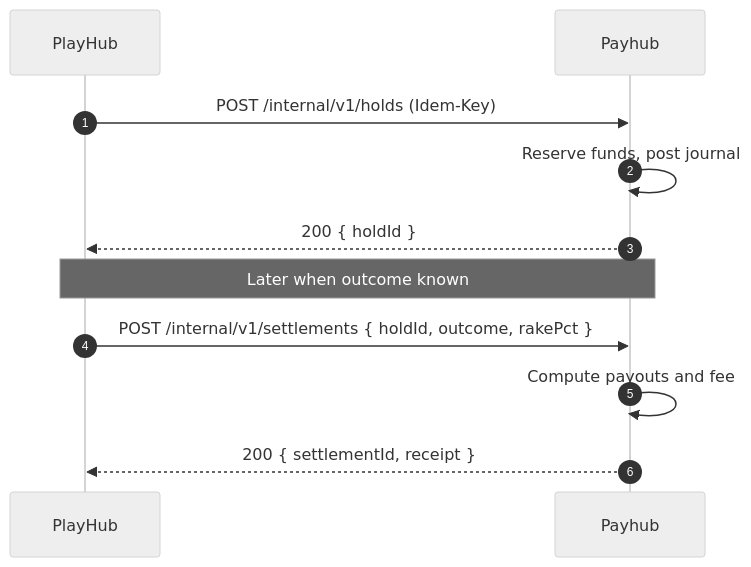
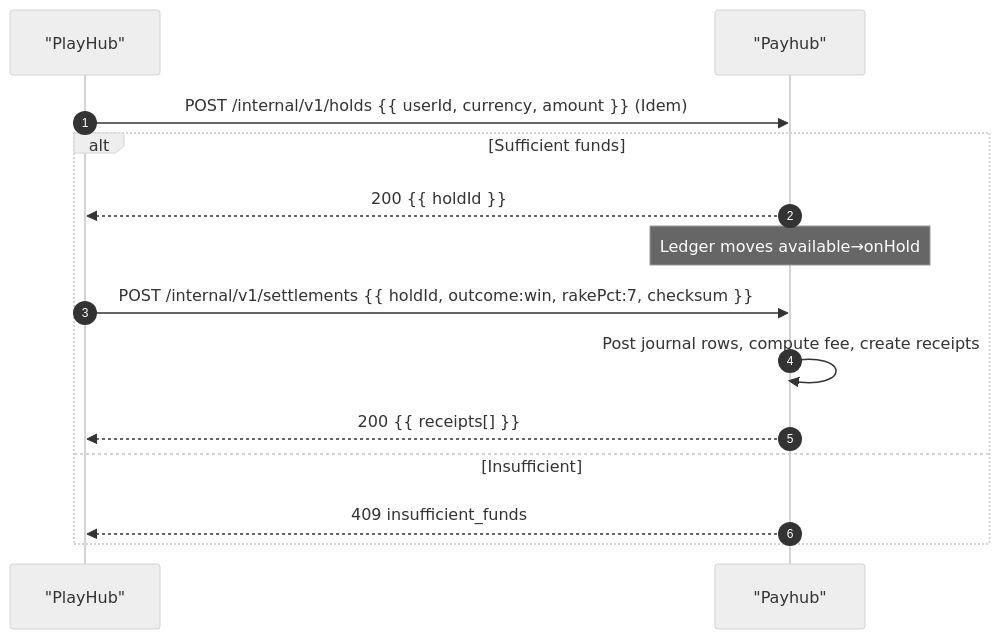
Before and after one commit to bkkac/tg-miniapp-payhub-service: the third of 5 diagrams in SystemDesign.md, drawn with Mermaid (neutral theme). The commit also changed other lines of this file, not shown here.

````diff
--- a/SystemDesign.md
+++ b/SystemDesign.md
@@ -489,13 +457,16 @@
 ```mermaid
 sequenceDiagram
   autonumber
-  participant PH as PlayHub
-  participant PAY as Payhub
-  PH->>PAY: POST /internal/v1/holds (Idem-Key)
-  PAY->>PAY: Reserve funds, post journal
-  PAY-->>PH: 200 { holdId }
-  Note over PH,PAY: Later when outcome known
-  PH->>PAY: POST /internal/v1/settlements { holdId, outcome, rakePct }
-  PAY->>PAY: Compute payouts and fee
-  PAY-->>PH: 200 { settlementId, receipt }
+  participant PH as "PlayHub"
+  participant PAY as "Payhub"
+  PH->>PAY: POST /internal/v1/holds {{ userId, currency, amount }} (Idem)
+  alt Sufficient funds
+    PAY-->>PH: 200 {{ holdId }}
+    Note over PAY,PAY: Ledger moves available→onHold
+    PH->>PAY: POST /internal/v1/settlements {{ holdId, outcome:win, rakePct:7, checksum }}
+    PAY->>PAY: Post journal rows, compute fee, create receipts
+    PAY-->>PH: 200 {{ receipts[] }}
+  else Insufficient
+    PAY-->>PH: 409 insufficient_funds
+  end
 ```
````
